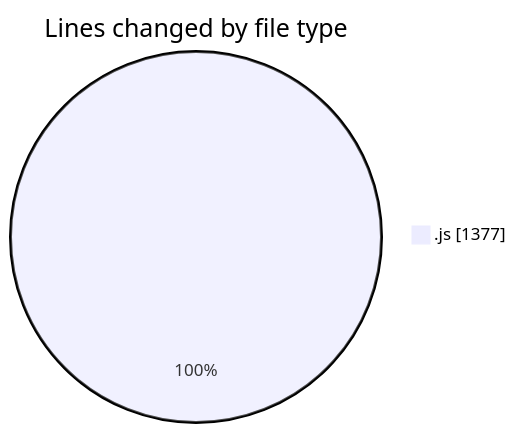
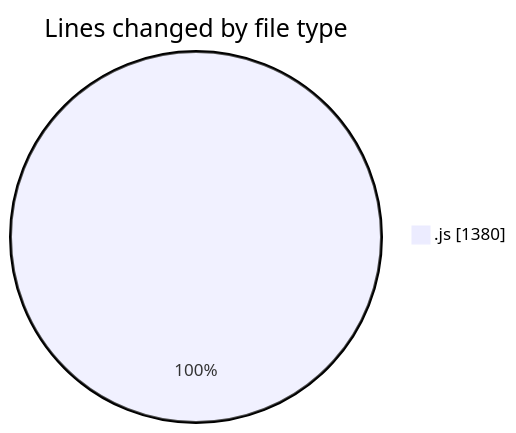
The first of 2 diagrams in 2025-09-08/cashcalculator/README.md (nxtqubesakshisongat/code-tracking), drawn with Mermaid before and after one commit. The commit also changed other lines of this file and 1 other file, not shown here.

````diff
--- a/2025-09-08/cashcalculator/README.md
+++ b/2025-09-08/cashcalculator/README.md
@@ -20,5 +20,5 @@
 ```mermaid
 pie showData
 title Lines changed by file type
-".js" : 1377
+".js" : 1380
 ```
````
